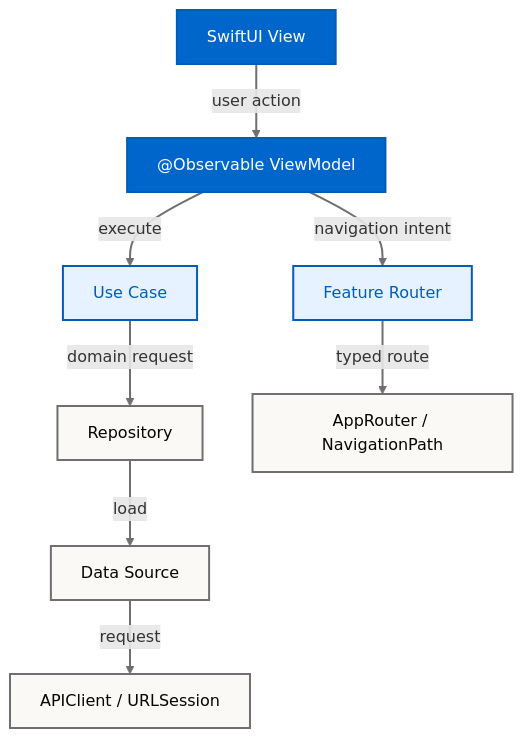
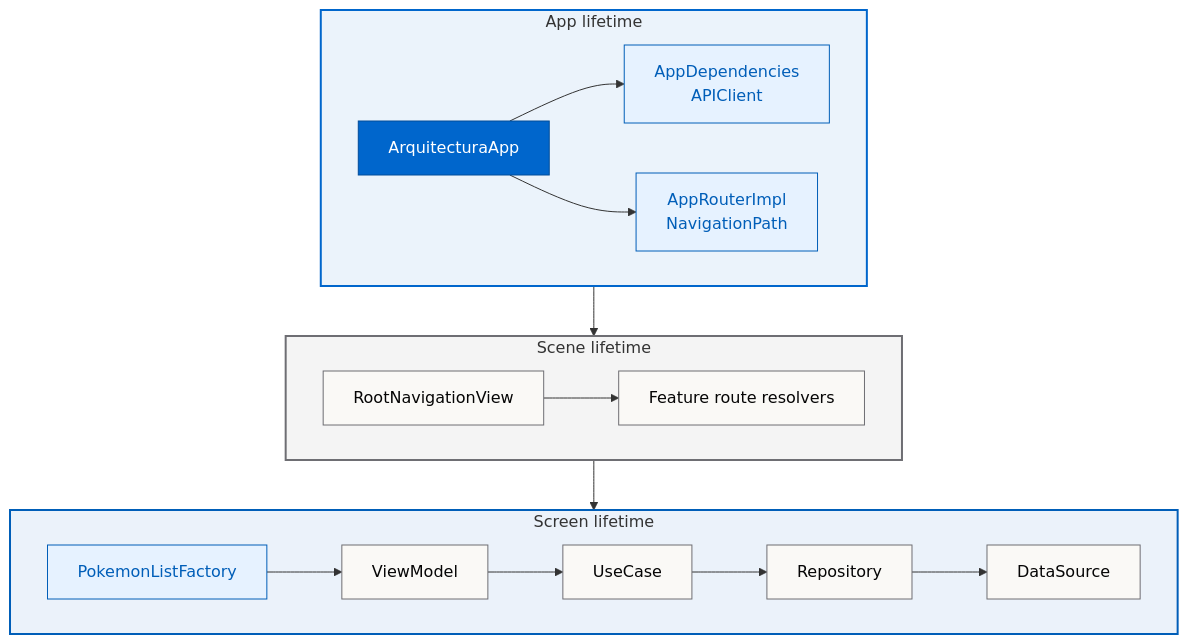
The third of 3 diagrams in README.md (magnoscg/ios-architecture-reference), drawn with Mermaid before and after one commit. The commit also changed other lines of this file and 5 other files, not shown here.

First line of the commit message:
docs: redesign README as a visual architecture overview

````diff
--- a/README.md
+++ b/README.md
@@ -77,18 +204,27 @@
 ```mermaid
 flowchart TB
-    View["SwiftUI View"] -->|user action| VM["@Observable ViewModel"]
-    VM -->|execute| UseCase["Use Case"]
-    UseCase -->|domain request| Repository["Repository"]
-    Repository -->|load| DataSource["Data Source"]
-    DataSource -->|request| Client["APIClient / URLSession"]
-    VM -->|navigation intent| FeatureRouter["Feature Router"]
-    FeatureRouter -->|typed route| AppRouter["AppRouter / NavigationPath"]
+    subgraph APP["App lifetime"]
+        direction LR
+        Root["ArquitecturaApp"] --> Deps["AppDependencies<br/>APIClient"]
+        Root --> AppRouter["AppRouterImpl<br/>NavigationPath"]
+    end
+    subgraph SCENE["Scene lifetime"]
+        direction LR
+        Nav["RootNavigationView"] --> Resolvers["Feature route resolvers"]
+    end
+    subgraph SCREEN["Screen lifetime"]
+        direction LR
+        Factory["PokemonListFactory"] --> VM["ViewModel"] --> UC["UseCase"] --> Repo["Repository"] --> DS["DataSource"]
+    end
+    APP --> SCENE --> SCREEN
 
-    classDef primary fill:#0066CC,color:#FFFFFF,stroke:#005EB8,stroke-width:2px;
-    classDef secondary fill:#E6F2FF,color:#005EB8,stroke:#005EB8,stroke-width:2px;
-    classDef neutral fill:#FAF9F6,color:#050505,stroke:#6E6E73,stroke-width:2px;
-    class View,VM primary;
-    class UseCase,FeatureRouter secondary;
-    class Repository,DataSource,Client,AppRouter neutral;
-    linkStyle default stroke:#6E6E73,stroke-width:2px;
+    classDef primary fill:#0066CC,stroke:#004C99,color:#FFFFFF
+    classDef secondary fill:#E6F2FF,stroke:#005EB8,color:#005EB8
+    classDef neutral fill:#FAF9F6,stroke:#6E6E73,color:#050505
+    class Root primary
+    class Deps,AppRouter,Factory secondary
+    class Nav,Resolvers,VM,UC,Repo,DS neutral
+    style APP fill:#0066CC14,stroke:#0066CC,stroke-width:2px
+    style SCENE fill:#6E6E7314,stroke:#6E6E73,stroke-width:2px
+    style SCREEN fill:#005EB814,stroke:#005EB8,stroke-width:2px
 ```
````
